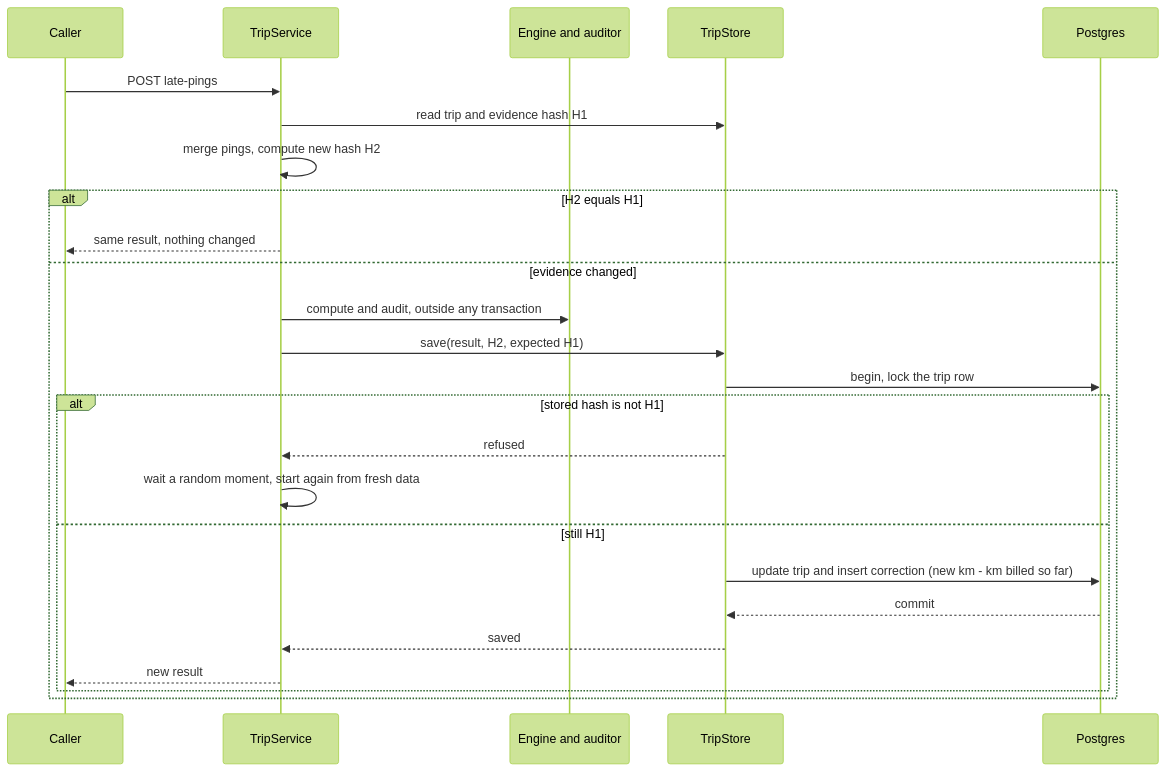
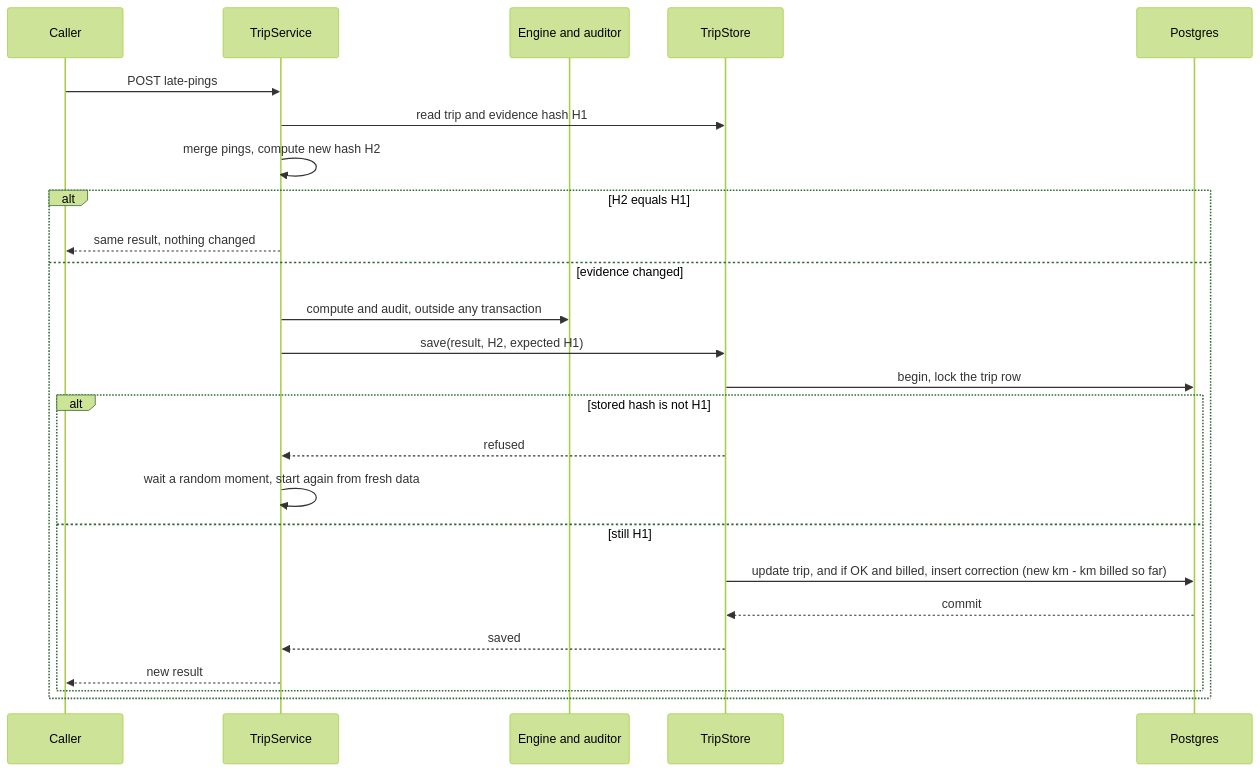
One commit to Kxvya18/gps-distance-engine changed the third of 3 diagrams in docs/design-note.md. Above: the diagram before and after it, drawn with Mermaid (forest theme). The commit also changed 7 other files, not shown here.

````diff
--- a/docs/design-note.md
+++ b/docs/design-note.md
@@ -94,27 +94,27 @@
 ```mermaid
 sequenceDiagram
     participant V as Caller
     participant S as TripService
     participant E as Engine and auditor
     participant T as TripStore
     participant D as Postgres
     V->>S: POST late-pings
     S->>T: read trip and evidence hash H1
     S->>S: merge pings, compute new hash H2
     alt H2 equals H1
         S-->>V: same result, nothing changed
     else evidence changed
         S->>E: compute and audit, outside any transaction
         S->>T: save(result, H2, expected H1)
         T->>D: begin, lock the trip row
         alt stored hash is not H1
             T-->>S: refused
             S->>S: wait a random moment, start again from fresh data
         else still H1
-            T->>D: update trip and insert correction (new km - km billed so far)
+            T->>D: update trip, and if OK and billed, insert correction (new km - km billed so far)
             D-->>T: commit
             T-->>S: saved
             S-->>V: new result
         end
     end
 ```
````
